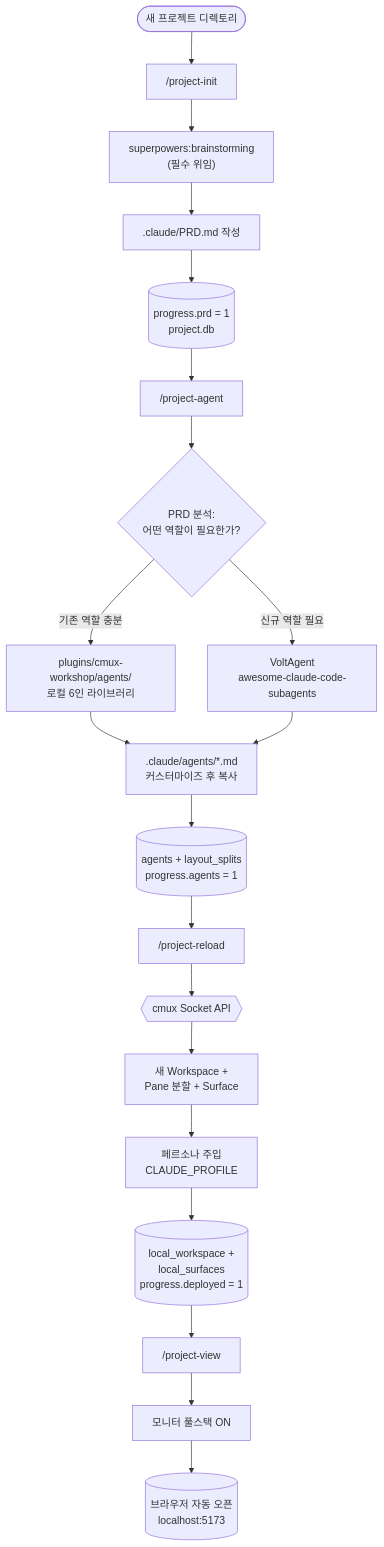
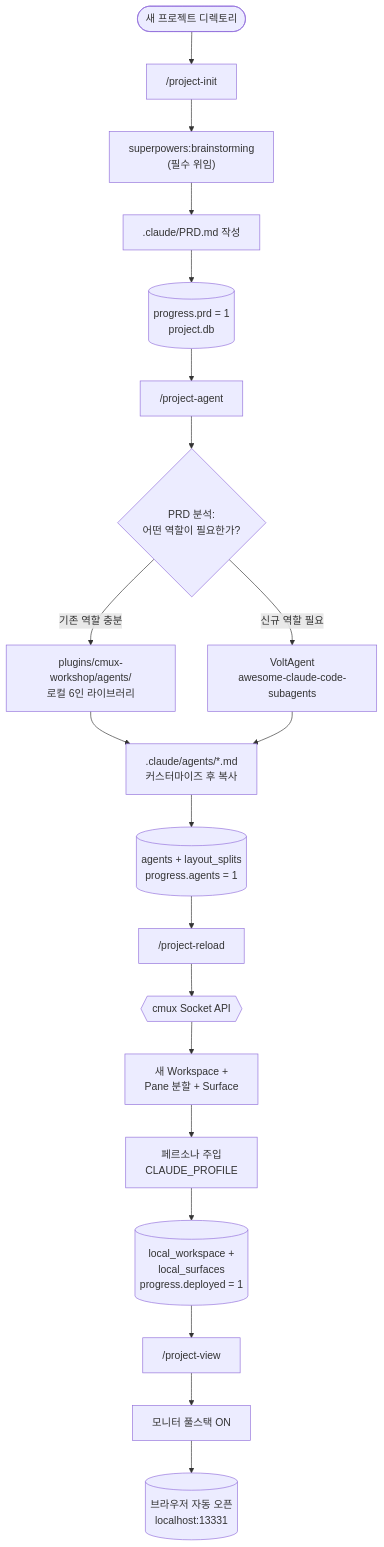
Before and after one commit to merong/cmux-workshop: the fourth of 10 diagrams in README-ko.md, drawn with Mermaid. The commit also changed other lines of this file and 15 other files, not shown here.

````diff
--- a/README-ko.md
+++ b/README-ko.md
@@ -225,45 +225,45 @@
 ```mermaid
 flowchart TD
     Start([새 프로젝트 디렉토리])
     Init["/project-init"]
     Brainstorm["superpowers:brainstorming<br/>(필수 위임)"]
     PRDFile[".claude/PRD.md 작성"]
     DBPhase1[("progress.prd = 1<br/>project.db")]
 
     Agent["/project-agent"]
     Personas{"PRD 분석:<br/>어떤 역할이 필요한가?"}
     LocalLib[plugins/cmux-workshop/agents/<br/>로컬 6인 라이브러리]
     VoltAgent[VoltAgent<br/>awesome-claude-code-subagents]
     AgentFiles[".claude/agents/*.md<br/>커스터마이즈 후 복사"]
     DBPhase2[("agents + layout_splits<br/>progress.agents = 1")]
 
     Reload["/project-reload"]
     CmuxAPI{{cmux Socket API}}
     NewPanes[새 Workspace +<br/>Pane 분할 + Surface]
     Inject[페르소나 주입<br/>CLAUDE_PROFILE]
     DBPhase3[("local_workspace +<br/>local_surfaces<br/>progress.deployed = 1")]
 
     View["/project-view"]
     MonitorUp[모니터 풀스택 ON]
-    Browser[("브라우저 자동 오픈<br/>localhost:5173")]
+    Browser[("브라우저 자동 오픈<br/>localhost:13331")]
 
     Start --> Init
     Init --> Brainstorm
     Brainstorm --> PRDFile
     PRDFile --> DBPhase1
     DBPhase1 --> Agent
     Agent --> Personas
     Personas -->|"기존 역할 충분"| LocalLib
     Personas -->|"신규 역할 필요"| VoltAgent
     LocalLib --> AgentFiles
     VoltAgent --> AgentFiles
     AgentFiles --> DBPhase2
     DBPhase2 --> Reload
     Reload --> CmuxAPI
     CmuxAPI --> NewPanes
     NewPanes --> Inject
     Inject --> DBPhase3
     DBPhase3 --> View
     View --> MonitorUp
     MonitorUp --> Browser
 ```
````
